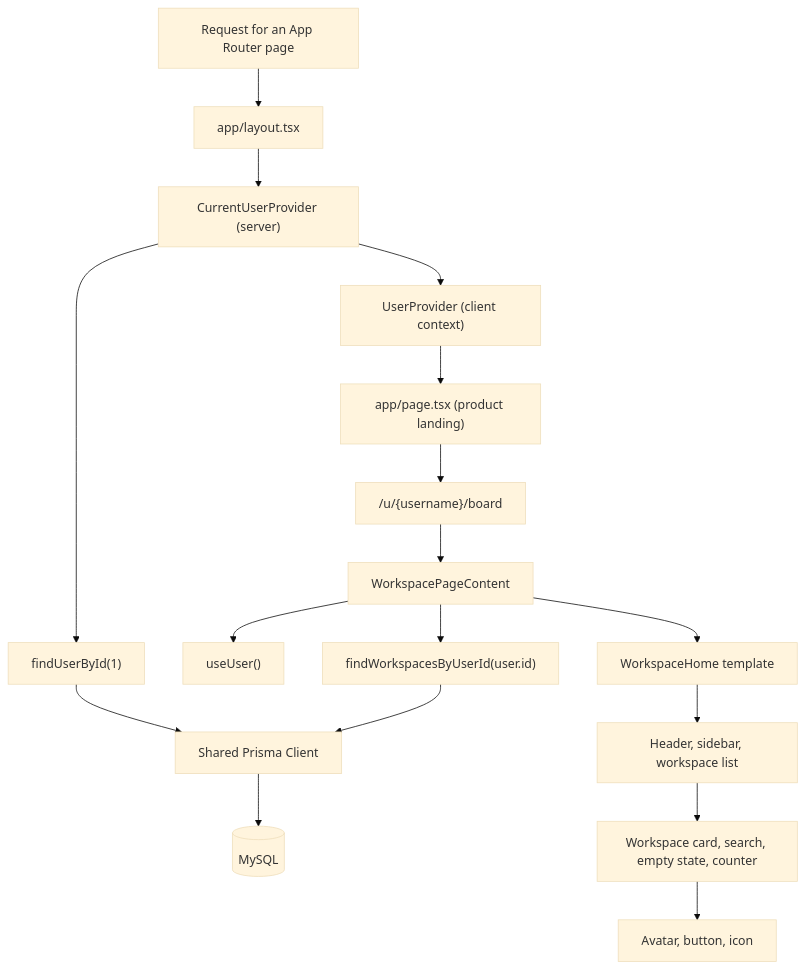
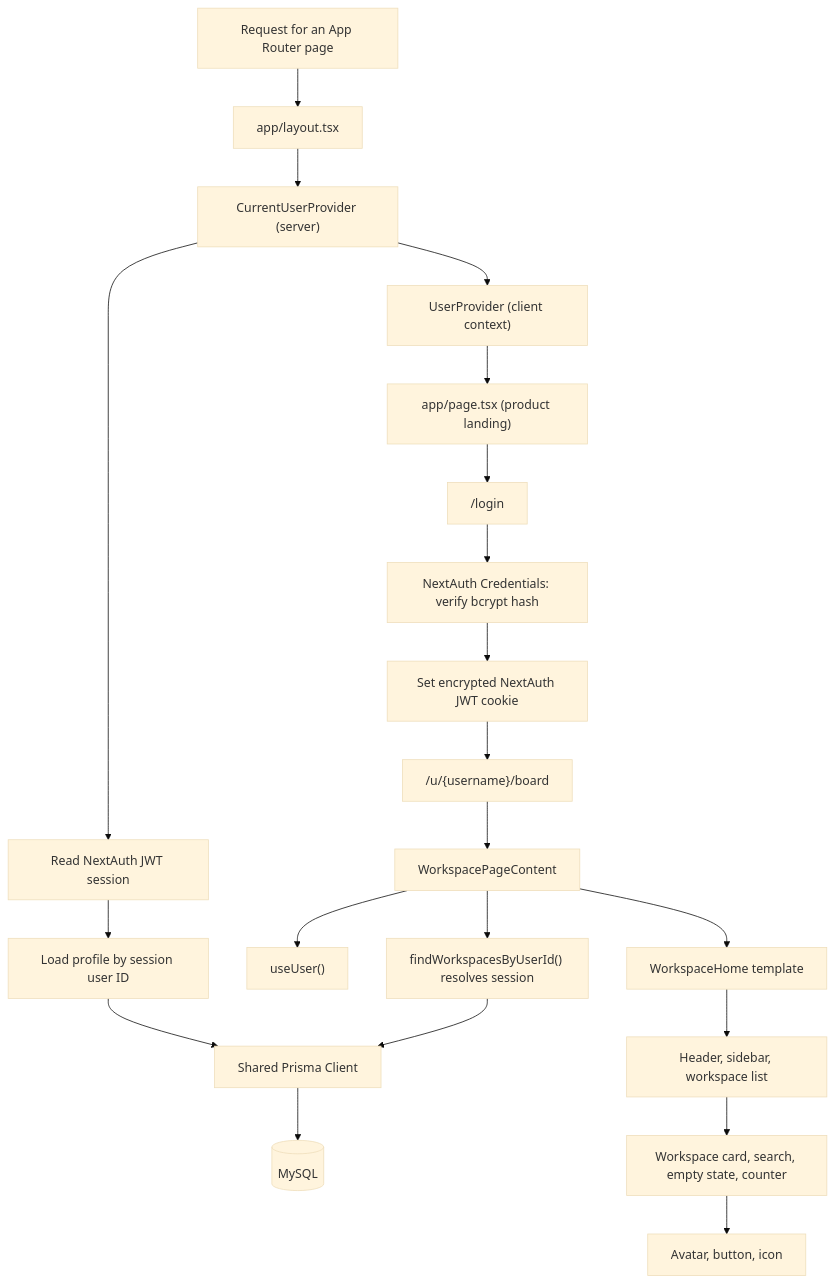
One commit to Thoai1503/TrelloClone changed the first of 2 diagrams in docs/architecture/overview.md. Above: the diagram before and after it, drawn with Mermaid (base theme). The commit also changed other lines of this file and 29 other files, not shown here.

````diff
--- a/docs/architecture/overview.md
+++ b/docs/architecture/overview.md
@@ -40,19 +46,23 @@
 ```mermaid
 flowchart TD
     Request["Request for an App Router page"] --> Root["app/layout.tsx"]
     Root --> CurrentUser["CurrentUserProvider (server)"]
-    CurrentUser --> FindUser["findUserById(1)"]
+    CurrentUser --> Session["Read NextAuth JWT session"]
+    Session --> FindUser["Load profile by session user ID"]
     FindUser --> Prisma["Shared Prisma Client"]
     Prisma --> MySQL[("MySQL")]
     CurrentUser --> Context["UserProvider (client context)"]
     Context --> Landing["app/page.tsx (product landing)"]
-    Landing --> WorkspaceRoute["/u/{username}/board"]
+    Landing --> Login["/login"]
+    Login --> Authenticate["NextAuth Credentials: verify bcrypt hash"]
+    Authenticate --> Cookie["Set encrypted NextAuth JWT cookie"]
+    Cookie --> WorkspaceRoute["/u/{username}/board"]
     WorkspaceRoute --> Feature["WorkspacePageContent"]
     Feature --> UserHook["useUser()"]
-    Feature --> WorkspaceAction["findWorkspacesByUserId(user.id)"]
+    Feature --> WorkspaceAction["findWorkspacesByUserId() resolves session"]
     WorkspaceAction --> Prisma
     Feature --> Template["WorkspaceHome template"]
     Template --> Organisms["Header, sidebar, workspace list"]
     Organisms --> Molecules["Workspace card, search, empty state, counter"]
     Molecules --> Atoms["Avatar, button, icon"]
 ```
````
